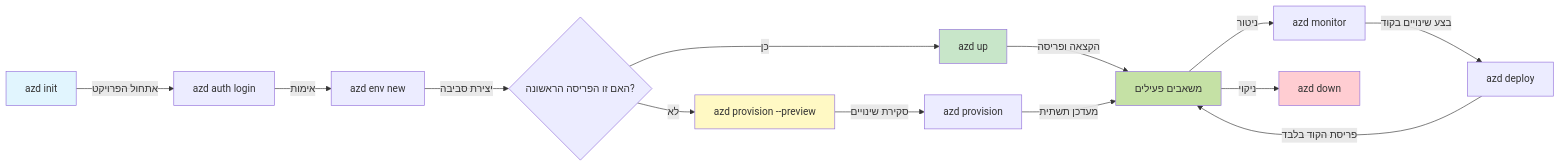
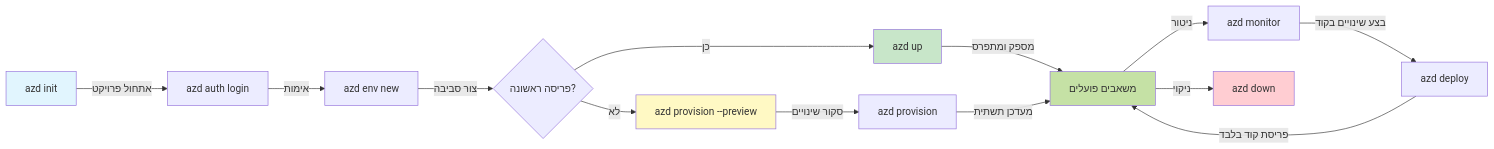
One commit to microsoft/AZD-for-beginners changed the first of 2 diagrams in translations/he/docs/chapter-01-foundation/azd-basics.md. Above: the diagram before and after it, drawn with Mermaid. The commit also changed other lines of this file and 101 other files, not shown here.

````diff
--- a/translations/he/docs/chapter-01-foundation/azd-basics.md
+++ b/translations/he/docs/chapter-01-foundation/azd-basics.md
@@ -254,21 +269,21 @@
 ```mermaid
 graph LR
-    A[azd init] -->|אתחול הפרויקט| B[azd auth login]
+    A[azd init] -->|אתחול פרויקט| B[azd auth login]
     B -->|אימות| C[azd env new]
-    C -->|יצירת סביבה| D{האם זו הפריסה הראשונה?}
+    C -->|צור סביבה| D{פריסה ראשונה?}
     D -->|כן| E[azd up]
     D -->|לא| F[azd provision --preview]
-    F -->|סקירת שינויים| G[azd provision]
-    E -->|הקצאה ופריסה| H[משאבים פעילים]
+    F -->|סקור שינויים| G[azd provision]
+    E -->|מספק ומתפרס| H[משאבים פועלים]
     G -->|מעדכן תשתית| H
     H -->|ניטור| I[azd monitor]
     I -->|בצע שינויים בקוד| J[azd deploy]
-    J -->|פריסת הקוד בלבד| H
+    J -->|פריסת קוד בלבד| H
     H -->|ניקוי| K[azd down]
     
     style A fill:#e1f5fe
     style E fill:#c8e6c9
     style F fill:#fff9c4
     style H fill:#c5e1a5
     style K fill:#ffcdd2
 ```
````
